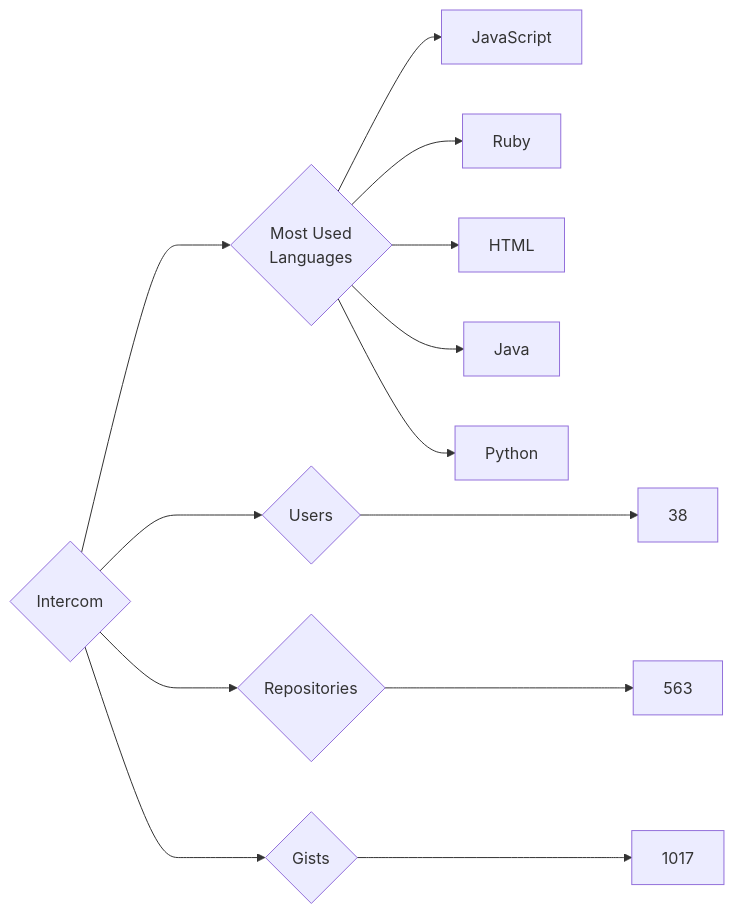
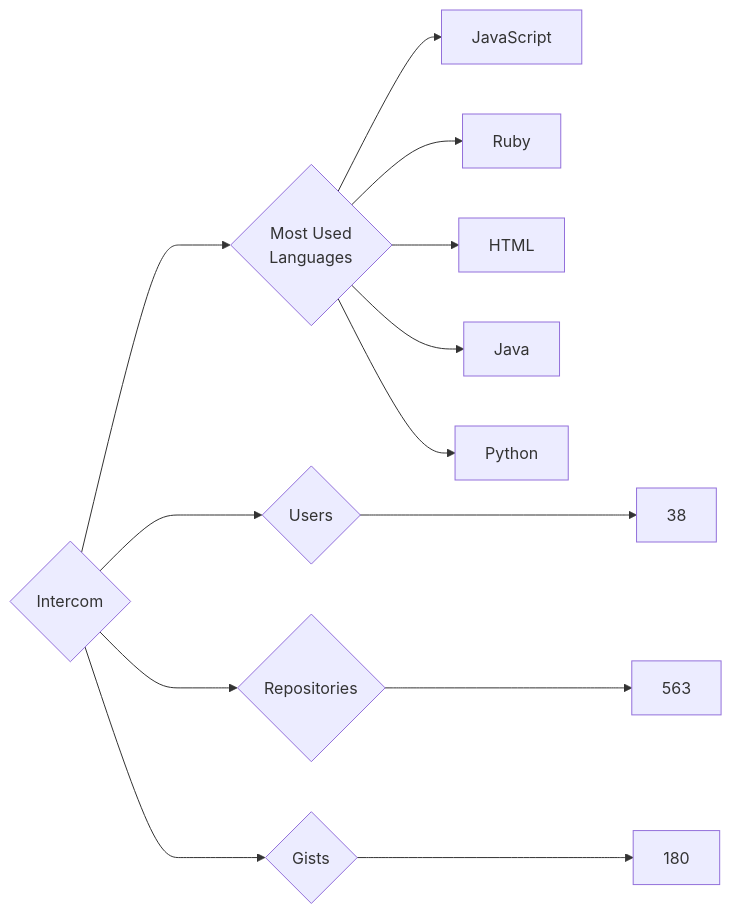
The diagram in targets/Intercom/README.md (trickest/insiders), drawn with Mermaid before and after one commit. The commit also changed 440 other files, not shown here.

````diff
--- a/targets/Intercom/README.md
+++ b/targets/Intercom/README.md
@@ -3,13 +3,13 @@
 ```mermaid
 graph LR
 COMPANY_NAME{Intercom}
 COMPANY_NAME ---> U{Users} ---> UN[38]
 COMPANY_NAME ---> R{Repositories} ---> RN[563]
-COMPANY_NAME ---> G{Gists} ---> GN[1017]
+COMPANY_NAME ---> G{Gists} ---> GN[180]
 COMPANY_NAME ---> ML{Most Used<br>Languages}
 ML --> JavaScript[JavaScript]
 ML --> Ruby[Ruby]
 ML --> HTML[HTML]
 ML --> Java[Java]
 ML --> Python[Python]
 ```
````
